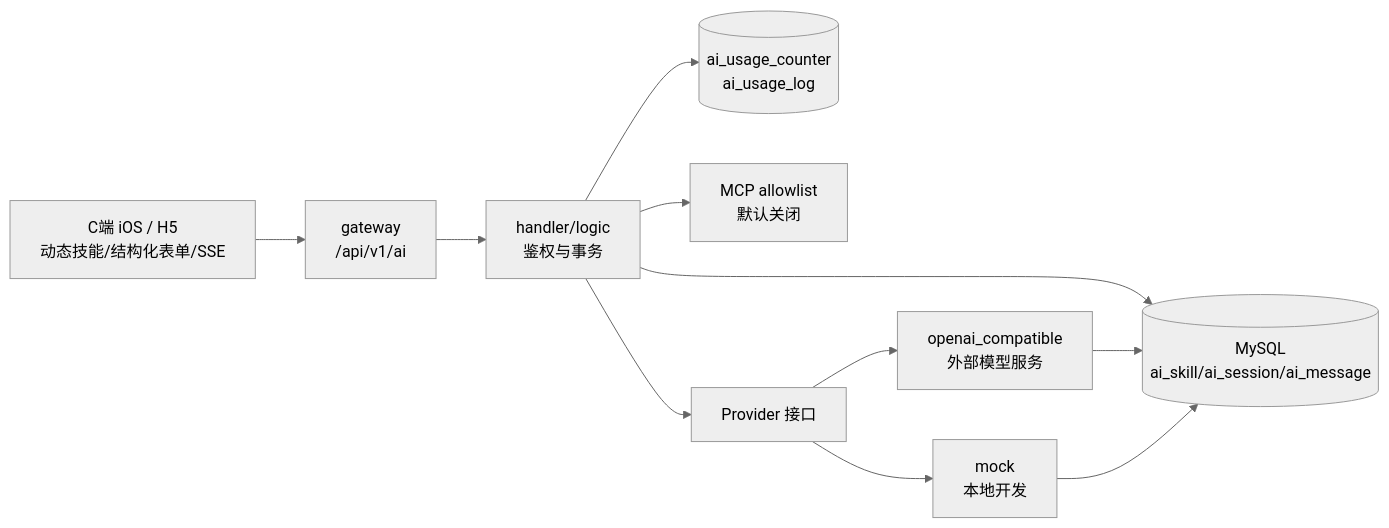
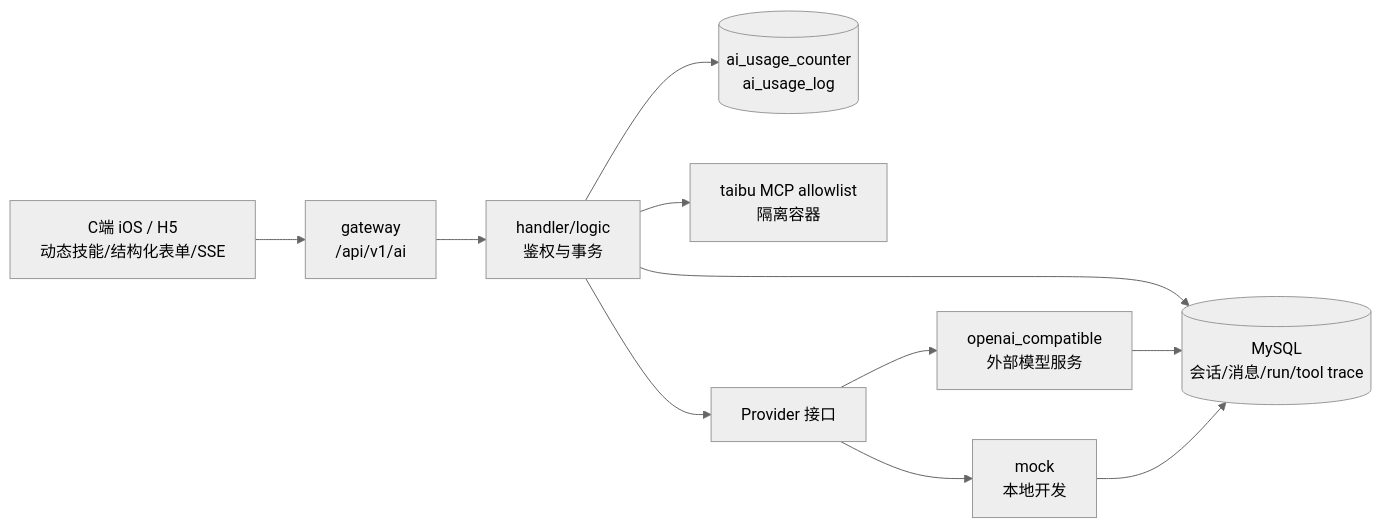
The diagram in docs/architecture/services/AI问事服务.md (askxuan-dongfang/askxuan-docs), drawn with Mermaid (neutral theme) before and after one commit. The commit also changed other lines of this file and 5 other files, not shown here.

````diff
--- a/docs/architecture/services/AI问事服务.md
+++ b/docs/architecture/services/AI问事服务.md
@@ -42,13 +44,13 @@
 ```mermaid
 graph LR
     C[C端 iOS / H5<br/>动态技能/结构化表单/SSE] --> GW[gateway<br/>/api/v1/ai]
     GW --> H[handler/logic<br/>鉴权与事务]
-    H --> DB[(MySQL<br/>ai_skill/ai_session/ai_message)]
+    H --> DB[(MySQL<br/>会话/消息/run/tool trace)]
     H --> Q[(ai_usage_counter<br/>ai_usage_log)]
-    H --> MCP[MCP allowlist<br/>默认关闭]
+    H --> MCP[taibu MCP allowlist<br/>隔离容器]
     H --> P[Provider 接口]
     P --> MOCK[mock<br/>本地开发]
     P --> OA[openai_compatible<br/>外部模型服务]
     OA --> DB
     MOCK --> DB
 ```
````
